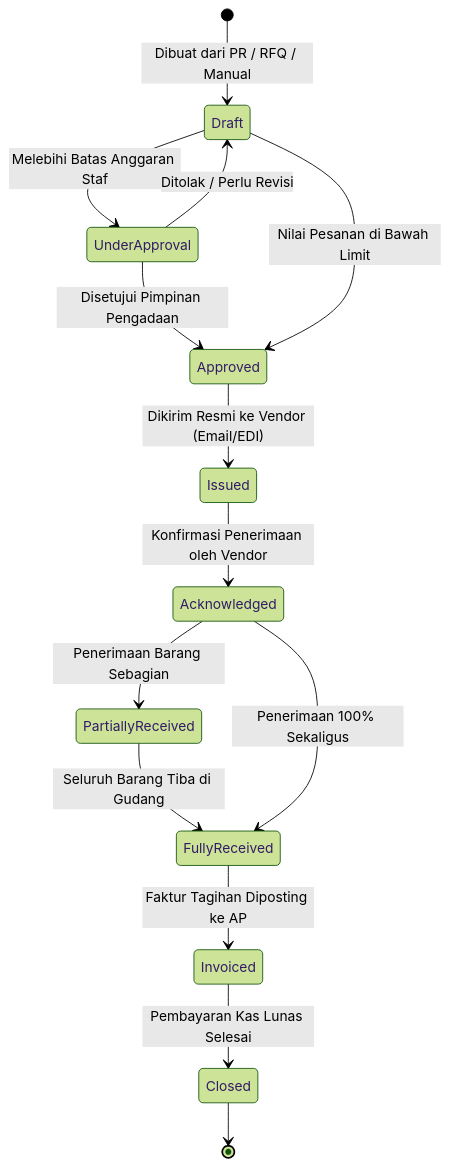
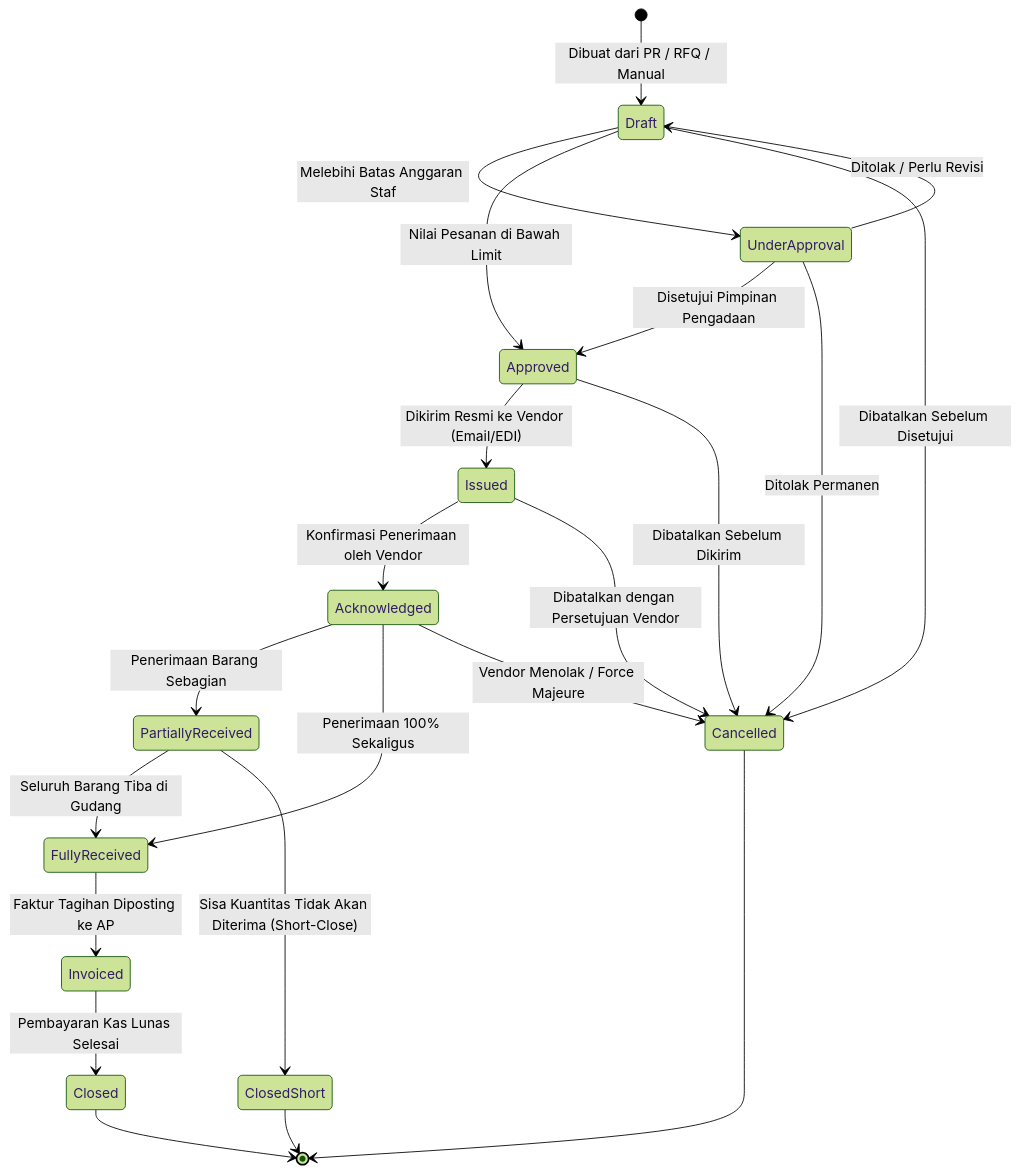
Before and after one commit to alimurrofid/erp-notes: the second of 2 diagrams in content/04-purchasing/purchase-order.md, drawn with Mermaid (forest theme). The commit also changed other lines of this file and 168 other files, not shown here.

````diff
--- a/content/04-purchasing/purchase-order.md
+++ b/content/04-purchasing/purchase-order.md
@@ -83,19 +83,29 @@
 ```mermaid
 stateDiagram-v2
     [*] --> Draft: Dibuat dari PR / RFQ / Manual
     Draft --> UnderApproval: Melebihi Batas Anggaran Staf
     UnderApproval --> Draft: Ditolak / Perlu Revisi
     UnderApproval --> Approved: Disetujui Pimpinan Pengadaan
     Draft --> Approved: Nilai Pesanan di Bawah Limit
     
     Approved --> Issued: Dikirim Resmi ke Vendor (Email/EDI)
     Issued --> Acknowledged: Konfirmasi Penerimaan oleh Vendor
     
     Acknowledged --> PartiallyReceived: Penerimaan Barang Sebagian
     PartiallyReceived --> FullyReceived: Seluruh Barang Tiba di Gudang
     Acknowledged --> FullyReceived: Penerimaan 100% Sekaligus
     
+    Draft --> Cancelled: Dibatalkan Sebelum Disetujui
+    UnderApproval --> Cancelled: Ditolak Permanen
+    Approved --> Cancelled: Dibatalkan Sebelum Dikirim
+    Issued --> Cancelled: Dibatalkan dengan Persetujuan Vendor
+    Acknowledged --> Cancelled: Vendor Menolak / Force Majeure
+    
+    PartiallyReceived --> ClosedShort: Sisa Kuantitas Tidak Akan Diterima (Short-Close)
+    ClosedShort --> [*]
+    
     FullyReceived --> Invoiced: Faktur Tagihan Diposting ke AP
     Invoiced --> Closed: Pembayaran Kas Lunas Selesai
     Closed --> [*]
+    Cancelled --> [*]
 ```
````
